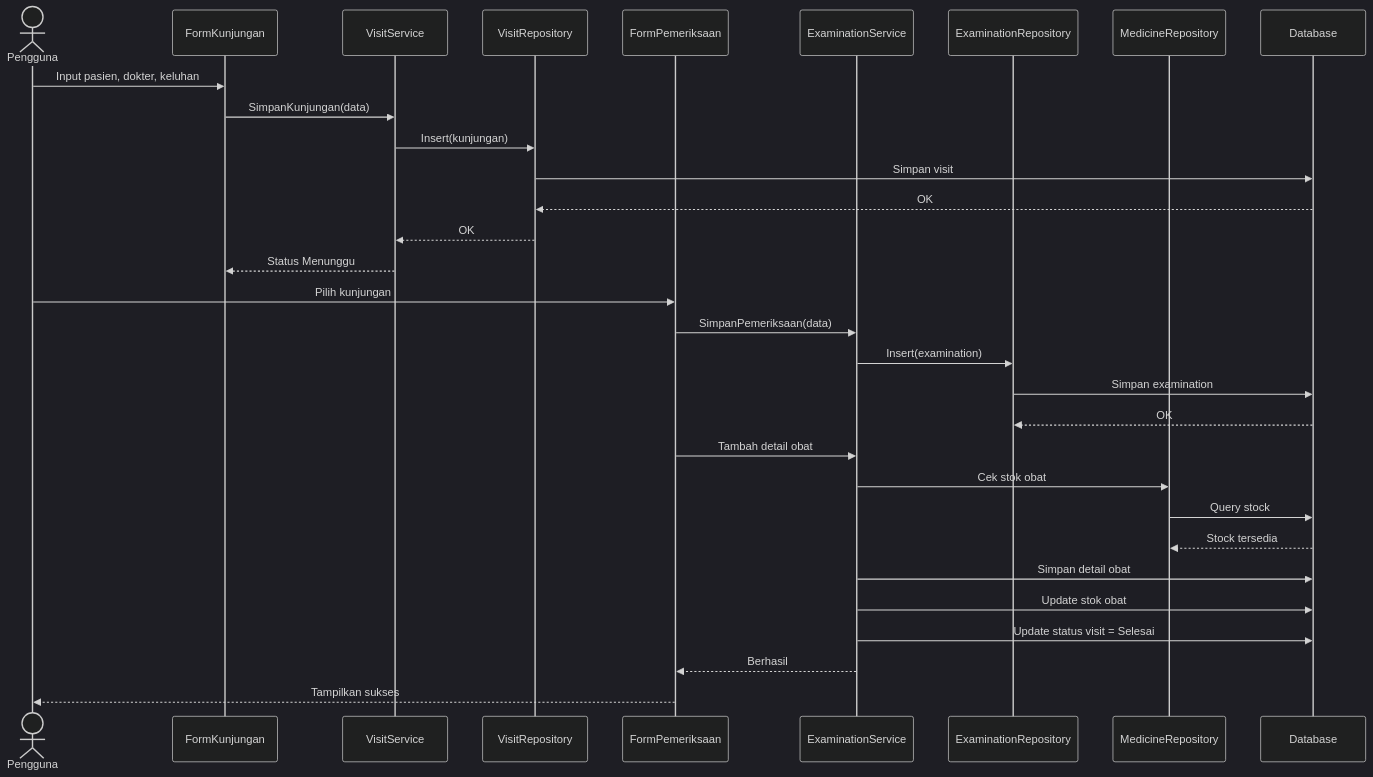
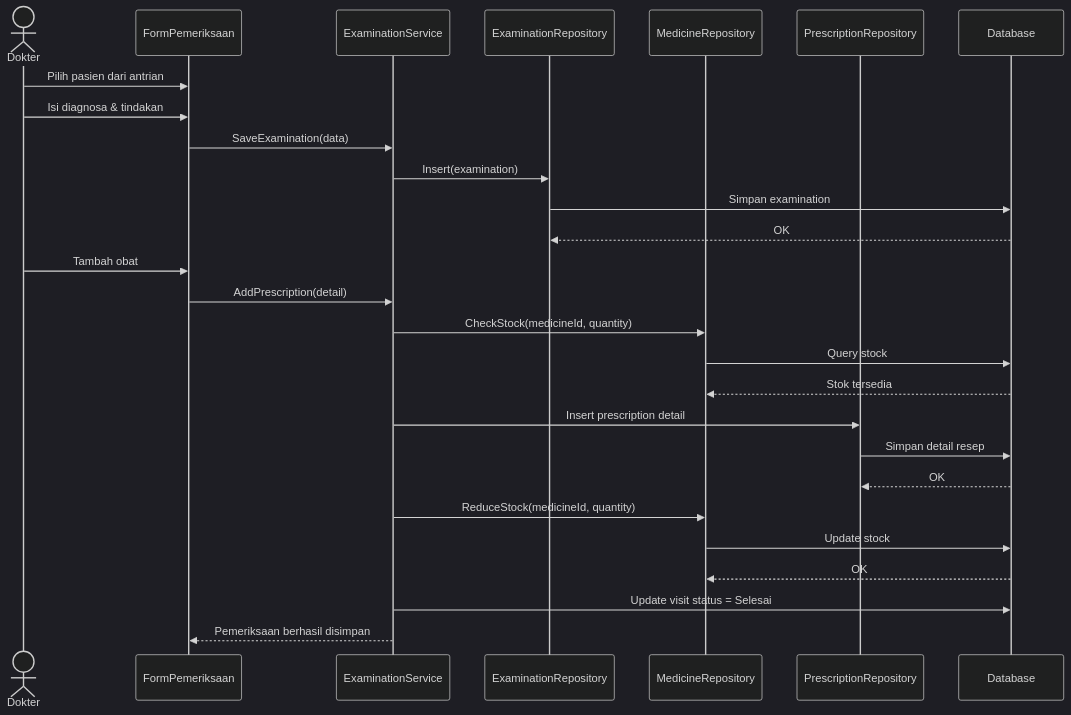
Before and after one commit to Mubax5/Klinik-Sehat: the eighth of 9 diagrams in README.md, drawn with Mermaid (dark theme). The commit also changed other lines of this file, not shown here.

````diff
--- a/README.md
+++ b/README.md
@@ -1220,36 +1598,31 @@
 ```mermaid
 sequenceDiagram
-    actor P as Pengguna
-    participant FK as FormKunjungan
-    participant VS as VisitService
-    participant VR as VisitRepository
-    participant FP as FormPemeriksaan
-    participant ES as ExaminationService
+    actor D as Dokter
+    participant F as FormPemeriksaan
+    participant E as ExaminationService
     participant ER as ExaminationRepository
     participant MR as MedicineRepository
+    participant PR as PrescriptionRepository
     participant DB as Database
 
-    P->>FK: Input pasien, dokter, keluhan
-    FK->>VS: SimpanKunjungan(data)
-    VS->>VR: Insert(kunjungan)
-    VR->>DB: Simpan visit
-    DB-->>VR: OK
-    VR-->>VS: OK
-    VS-->>FK: Status Menunggu
-
-    P->>FP: Pilih kunjungan
-    FP->>ES: SimpanPemeriksaan(data)
-    ES->>ER: Insert(examination)
+    D->>F: Pilih pasien dari antrian
+    D->>F: Isi diagnosa & tindakan
+    F->>E: SaveExamination(data)
+    E->>ER: Insert(examination)
     ER->>DB: Simpan examination
     DB-->>ER: OK
 
-    FP->>ES: Tambah detail obat
-    ES->>MR: Cek stok obat
+    D->>F: Tambah obat
+    F->>E: AddPrescription(detail)
+    E->>MR: CheckStock(medicineId, quantity)
     MR->>DB: Query stock
-    DB-->>MR: Stock tersedia
-    ES->>DB: Simpan detail obat
-    ES->>DB: Update stok obat
-    ES->>DB: Update status visit = Selesai
-    ES-->>FP: Berhasil
-    FP-->>P: Tampilkan sukses
+    DB-->>MR: Stok tersedia
+    E->>PR: Insert prescription detail
+    PR->>DB: Simpan detail resep
+    DB-->>PR: OK
+    E->>MR: ReduceStock(medicineId, quantity)
+    MR->>DB: Update stock
+    DB-->>MR: OK
+    E->>DB: Update visit status = Selesai
+    E-->>F: Pemeriksaan berhasil disimpan
 ```
````
